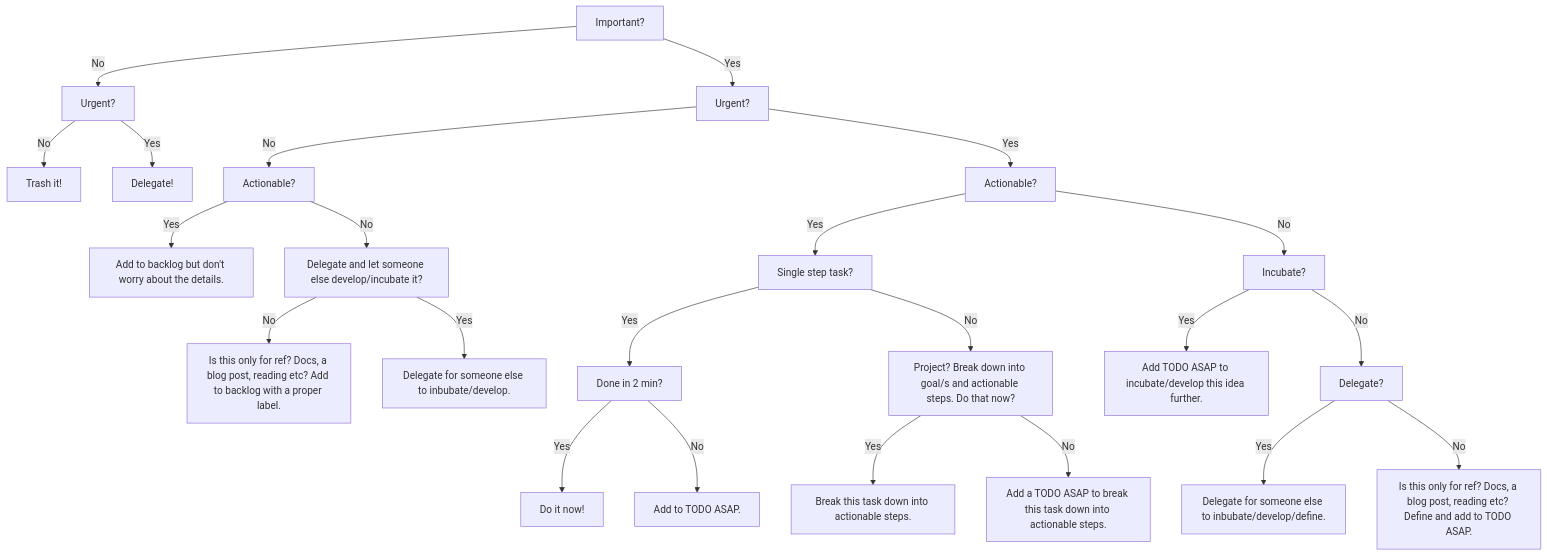
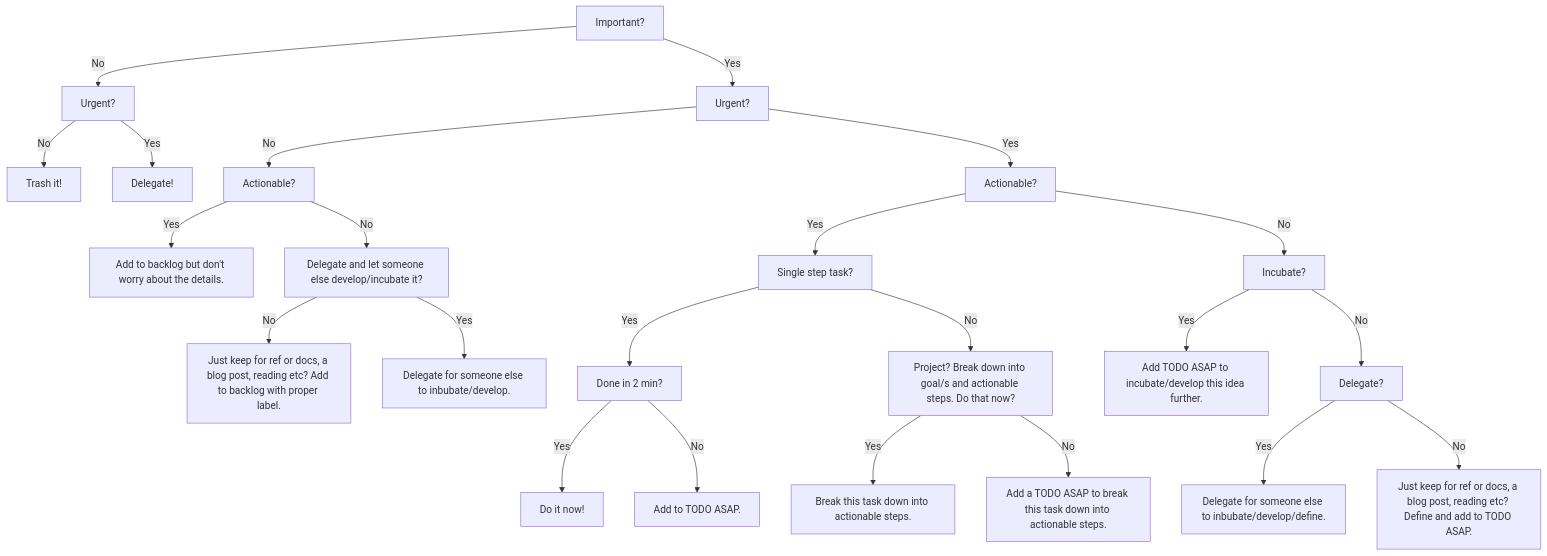
Before and after one commit to davidberglund/getting_things_done: the diagram in gtd.mmd, drawn with Mermaid. The commit also changed 1 other file, not shown here.

```diff
--- a/gtd.mmd
+++ b/gtd.mmd
@@ -1,33 +1,33 @@
 graph TD
     Important[Important?]
 
     Important -->|No| ImportantNoUrgent[Urgent?]
     Important -->|Yes| ImportantYesUrgent[Urgent?]
 
     ImportantNoUrgent -->|No| ImportantNoUrgentNo[Trash it!]
     ImportantNoUrgent -->|Yes| ImportantNoUrgentYesActionable[Delegate!]
 
     ImportantYesUrgent -->|No| ImportantYesUrgentNoActionable[Actionable?]
     ImportantYesUrgent -->|Yes| ImportantYesUrgentYesActionable[Actionable?]
 
     ImportantYesUrgentNoActionable -->|Yes| ImportantYesUrgentNoActionableYes[Add to backlog but don't worry about the details.]
     ImportantYesUrgentNoActionable -->|No| ImportantYesUrgentNoActionableNoDelegate[Delegate and let someone else develop/incubate it?]
-    ImportantYesUrgentNoActionableNoDelegate -->|No| ImportantYesUrgentNoActionableNoDelegateNo[Is this only for ref? Docs, a blog post, reading etc? Add to backlog with a proper label.]
+    ImportantYesUrgentNoActionableNoDelegate -->|No| ImportantYesUrgentNoActionableNoDelegateNo[Just keep for ref or docs, a blog post, reading etc? Add to backlog with proper label.]
     ImportantYesUrgentNoActionableNoDelegate -->|Yes| ImportantYesUrgentNoActionableNoDelegateYes[Delegate for someone else to inbubate/develop.]
 
     ImportantYesUrgentYesActionable -->|Yes| ImportantYesUrgentYesActionableYesSingleStepTask[Single step task?]
     ImportantYesUrgentYesActionable -->|No| ImportantYesUrgentYesActionableNoIncubate[Incubate?]
     
     ImportantYesUrgentYesActionableYesSingleStepTask -->|Yes| ImportantYesUrgentYesActionableYesSingleStepTaskYesDoneIn2Mins[Done in 2 min?]
     ImportantYesUrgentYesActionableYesSingleStepTask -->|No| ImportantYesUrgentYesActionableYesSingleStepTaskNoIncubateNow[Project? Break down into goal/s and actionable steps. Do that now?]
     ImportantYesUrgentYesActionableYesSingleStepTaskNoIncubateNow -->|Yes| ImportantYesUrgentYesActionableYesSingleStepTaskNoIncubateNowYes[Break this task down into actionable steps.]
     ImportantYesUrgentYesActionableYesSingleStepTaskNoIncubateNow -->|No| ImportantYesUrgentYesActionableYesSingleStepTaskNoIncubateNowNo[Add a TODO ASAP to break this task down into actionable steps.]
 
     ImportantYesUrgentYesActionableYesSingleStepTaskYesDoneIn2Mins -->|Yes| ImportantYesUrgentYesActionableYesSingleStepTaskYesDoneIn2MinsYes[Do it now!]
     ImportantYesUrgentYesActionableYesSingleStepTaskYesDoneIn2Mins -->|No| ImportantYesUrgentYesActionableYesSingleStepTaskYesDoneIn2MinsNo[Add to TODO ASAP.]
 
     ImportantYesUrgentYesActionableNoIncubate -->|Yes| ImportantYesUrgentYesActionableNoIncubateYes[Add TODO ASAP to incubate/develop this idea further.]
     ImportantYesUrgentYesActionableNoIncubate -->|No| ImportantYesUrgentYesActionableNoIncubateNoDelegate[Delegate?]
 
     ImportantYesUrgentYesActionableNoIncubateNoDelegate -->|Yes| ImportantYesUrgentYesActionableNoIncubateNoDelegateYes[Delegate for someone else to inbubate/develop/define.] 
-    ImportantYesUrgentYesActionableNoIncubateNoDelegate -->|No| ImportantYesUrgentYesActionableNoIncubateNoDelegateNo[Is this only for ref? Docs, a blog post, reading etc? Define and add to TODO ASAP.]
+    ImportantYesUrgentYesActionableNoIncubateNoDelegate -->|No| ImportantYesUrgentYesActionableNoIncubateNoDelegateNo[Just keep for ref or docs, a blog post, reading etc? Define and add to TODO ASAP.]
```
